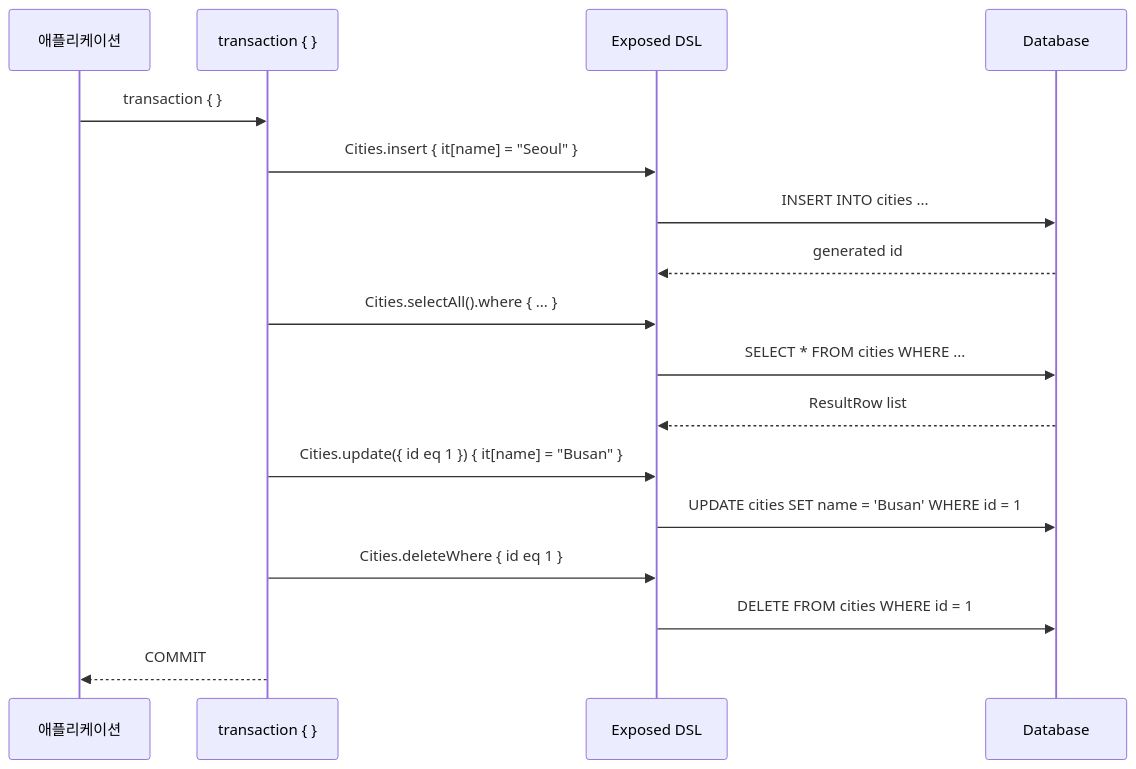
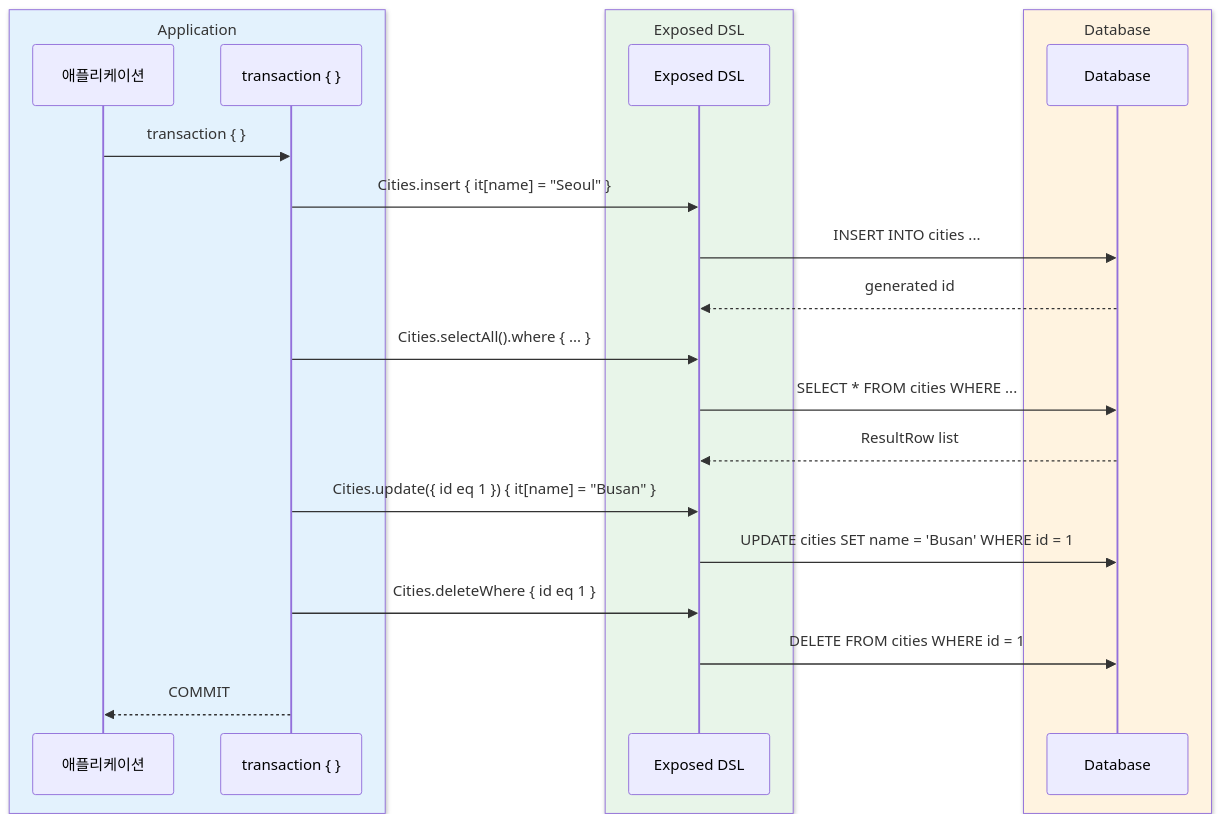
One commit to bluetape4k/exposed-workshop changed the second of 3 diagrams in 05-exposed-dml/01-dml/README.ko.md. Above: the diagram before and after it, drawn with Mermaid. The commit also changed 43 other files, not shown here.

First line of the commit message:
docs: sequence diagram에 box rgb() 파스텔 영역 적용

````diff
--- a/05-exposed-dml/01-dml/README.ko.md
+++ b/05-exposed-dml/01-dml/README.ko.md
@@ -131,21 +131,27 @@
 ```mermaid
-%%{init: {"theme": "neutral", "themeVariables": {"fontFamily": "'Comic Mono', 'goorm sans code', 'JetBrains Mono', 'goorm sans'", "actorBkg": "#E3F2FD", "actorBorder": "#90CAF9", "actorTextColor": "#1565C0", "actorLineColor": "#90CAF9", "activationBkgColor": "#E8F5E9", "activationBorderColor": "#A5D6A7", "labelBoxBkgColor": "#FFF3E0", "labelBoxBorderColor": "#FFCC80", "labelTextColor": "#E65100", "loopTextColor": "#6A1B9A", "noteBkgColor": "#F3E5F5", "noteBorderColor": "#CE93D8", "noteTextColor": "#6A1B9A", "signalColor": "#1565C0", "signalTextColor": "#1565C0"}}}%%
+%%{init: {"theme": "neutral", "themeVariables": {"fontFamily": "'Comic Mono', 'goorm sans code', 'JetBrains Mono', 'goorm sans'"}}}%%
 sequenceDiagram
-    participant App as 애플리케이션
-    participant TX as transaction { }
-    participant DSL as Exposed DSL
-    participant DB as Database
+    box rgb(227, 242, 253) Application
+        participant App as 애플리케이션
+        participant TX as transaction { }
+    end
+    box rgb(232, 245, 233) Exposed DSL
+        participant DSL as Exposed DSL
+    end
+    box rgb(255, 243, 224) Database
+        participant DB as Database
+    end
 
     App ->> TX: transaction { }
     TX ->> DSL: Cities.insert { it[name] = "Seoul" }
     DSL ->> DB: INSERT INTO cities ...
     DB -->> DSL: generated id
     TX ->> DSL: Cities.selectAll().where { ... }
     DSL ->> DB: SELECT * FROM cities WHERE ...
     DB -->> DSL: ResultRow list
     TX ->> DSL: Cities.update({ id eq 1 }) { it[name] = "Busan" }
     DSL ->> DB: UPDATE cities SET name = 'Busan' WHERE id = 1
     TX ->> DSL: Cities.deleteWhere { id eq 1 }
     DSL ->> DB: DELETE FROM cities WHERE id = 1
     TX -->> App: COMMIT
 ```
````
